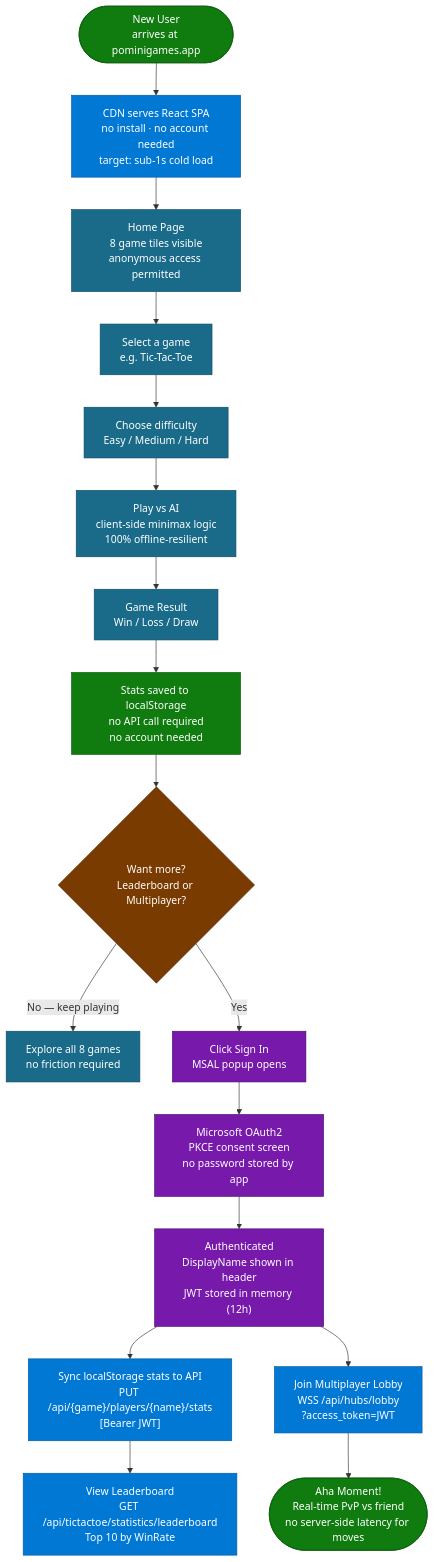
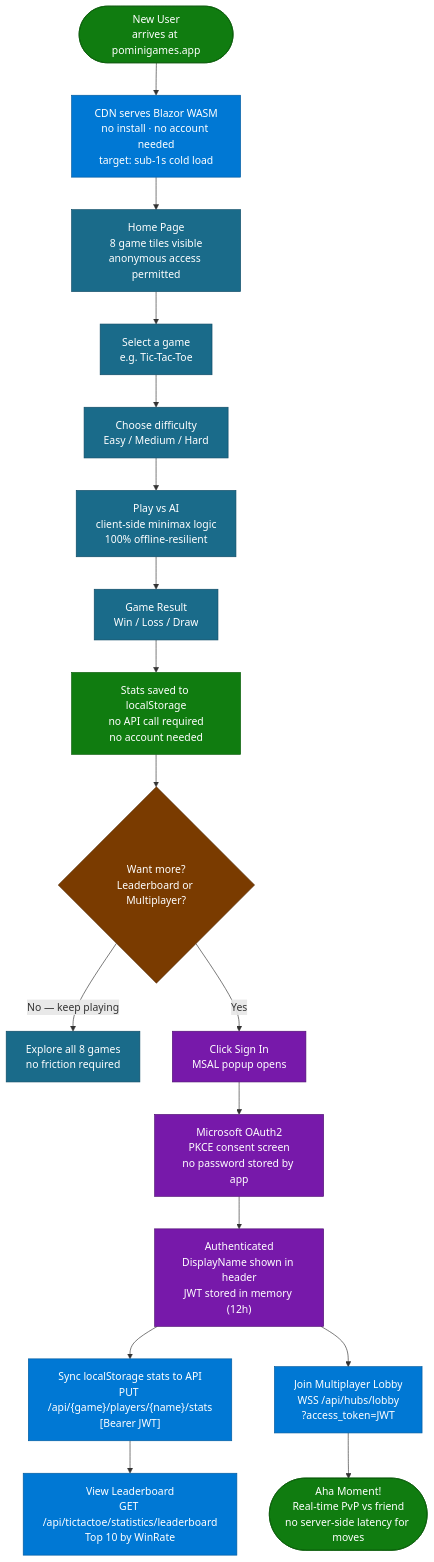
The diagram in docs/OnboardingJourney.mmd (punkouter26/PoMiniGames), drawn with Mermaid before and after one commit. The commit also changed 66 other files, not shown here.

```diff
--- a/docs/OnboardingJourney.mmd
+++ b/docs/OnboardingJourney.mmd
@@ -1,42 +1,42 @@
 flowchart TD
     Start(["New User\narrives at pominigames.app"])
-    CDN["CDN serves React SPA\nno install · no account needed\ntarget: sub-1s cold load"]
+    CDN["CDN serves Blazor WASM\nno install · no account needed\ntarget: sub-1s cold load"]
     Home["Home Page\n8 game tiles visible\nanonymous access permitted"]
     PickGame["Select a game\ne.g. Tic-Tac-Toe"]
     ChooseDiff["Choose difficulty\nEasy / Medium / Hard"]
     PlayAI["Play vs AI\nclient-side minimax logic\n100% offline-resilient"]
     GameResult["Game Result\nWin / Loss / Draw"]
     LocalSave["Stats saved to localStorage\nno API call required\nno account needed"]
     AhaMoment{"Want more?\nLeaderboard or Multiplayer?"}
     KeepPlaying["Explore all 8 games\nno friction required"]
     SignIn["Click Sign In\nMSAL popup opens"]
     MSConsent["Microsoft OAuth2\nPKCE consent screen\nno password stored by app"]
     AuthSuccess["Authenticated\nDisplayName shown in header\nJWT stored in memory (12h)"]
     SyncStats["Sync localStorage stats to API\nPUT /api/{game}/players/{name}/stats\n[Bearer JWT]"]
     LeaderboardView["View Leaderboard\nGET /api/tictactoe/statistics/leaderboard\nTop 10 by WinRate"]
     JoinLobby["Join Multiplayer Lobby\nWSS /api/hubs/lobby\n?access_token=JWT"]
     Aha(["Aha Moment!\nReal-time PvP vs friend\nno server-side latency for moves"])
 
     Start --> CDN --> Home --> PickGame --> ChooseDiff --> PlayAI --> GameResult --> LocalSave --> AhaMoment
-    AhaMoment -- "No — keep playing" --> KeepPlaying
-    AhaMoment -- "Yes" --> SignIn --> MSConsent --> AuthSuccess
+    AhaMoment -->|"No — keep playing"| KeepPlaying
+    AhaMoment -->|"Yes"| SignIn --> MSConsent --> AuthSuccess
     AuthSuccess --> SyncStats --> LeaderboardView
     AuthSuccess --> JoinLobby --> Aha
 
     style Start fill:#107c10,stroke:#0a5c0a,color:#fff
     style CDN fill:#0078d4,stroke:#005a9e,color:#fff
     style Home fill:#1a6b8a,stroke:#0d4a66,color:#fff
     style PickGame fill:#1a6b8a,stroke:#0d4a66,color:#fff
     style ChooseDiff fill:#1a6b8a,stroke:#0d4a66,color:#fff
     style PlayAI fill:#1a6b8a,stroke:#0d4a66,color:#fff
     style GameResult fill:#1a6b8a,stroke:#0d4a66,color:#fff
     style LocalSave fill:#107c10,stroke:#0a5c0a,color:#fff
     style AhaMoment fill:#7a3b00,stroke:#4f2700,color:#fff
     style KeepPlaying fill:#1a6b8a,stroke:#0d4a66,color:#fff
     style SignIn fill:#7719aa,stroke:#4e0f72,color:#fff
     style MSConsent fill:#7719aa,stroke:#4e0f72,color:#fff
     style AuthSuccess fill:#7719aa,stroke:#4e0f72,color:#fff
     style SyncStats fill:#0078d4,stroke:#005a9e,color:#fff
     style LeaderboardView fill:#0078d4,stroke:#005a9e,color:#fff
     style JoinLobby fill:#0078d4,stroke:#005a9e,color:#fff
     style Aha fill:#107c10,stroke:#0a5c0a,color:#fff
```
